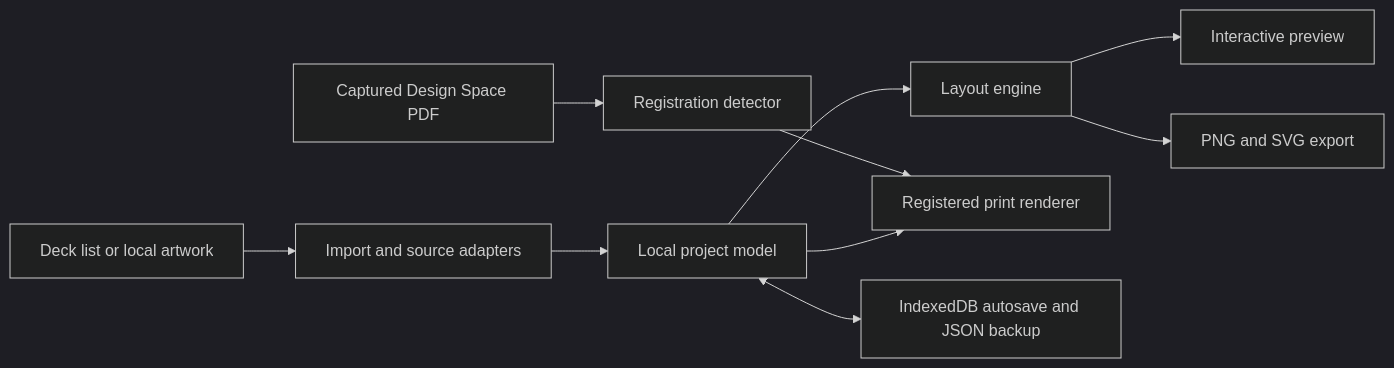
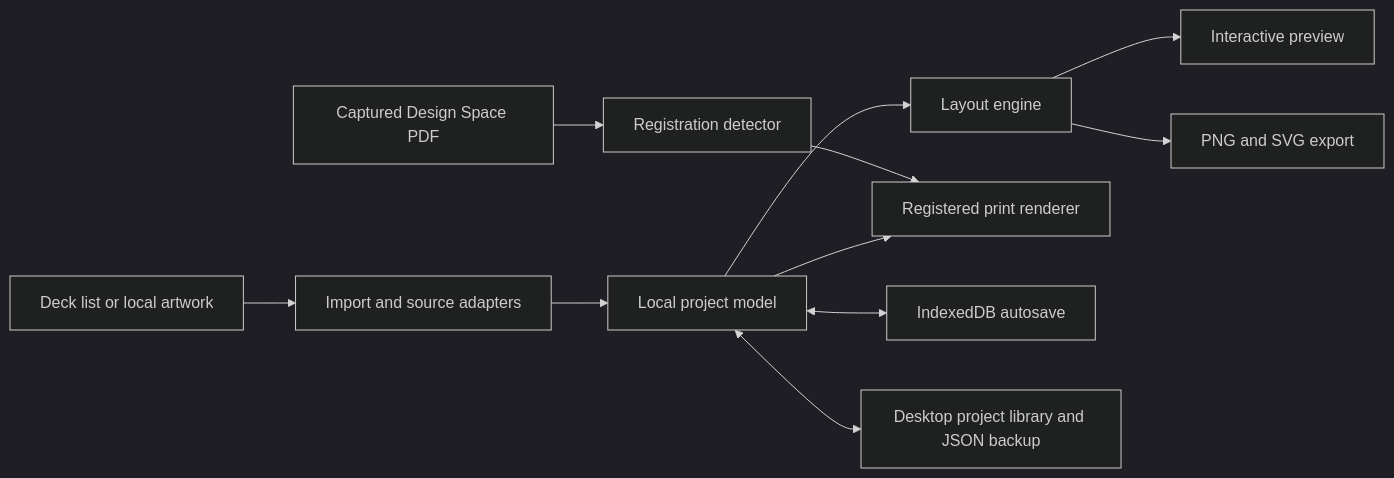
One commit to Go2Engle/CriProx changed the diagram in docs/ARCHITECTURE.md. Above: the diagram before and after it, drawn with Mermaid (dark theme). The commit also changed other lines of this file and 10 other files, not shown here.

Commit message:
feat(projects): add local project library

````diff
--- a/docs/ARCHITECTURE.md
+++ b/docs/ARCHITECTURE.md
@@ -5,12 +5,13 @@
 ```mermaid
 flowchart LR
     A[Deck list or local artwork] --> B[Import and source adapters]
     B --> C[Local project model]
     C --> D[Layout engine]
     D --> E[Interactive preview]
     D --> F[PNG and SVG export]
     G[Captured Design Space PDF] --> H[Registration detector]
     H --> I[Registered print renderer]
     C --> I
-    C <--> J[IndexedDB autosave and JSON backup]
+    C <--> J[IndexedDB autosave]
+    C <--> K[Desktop project library and JSON backup]
 ```
````
